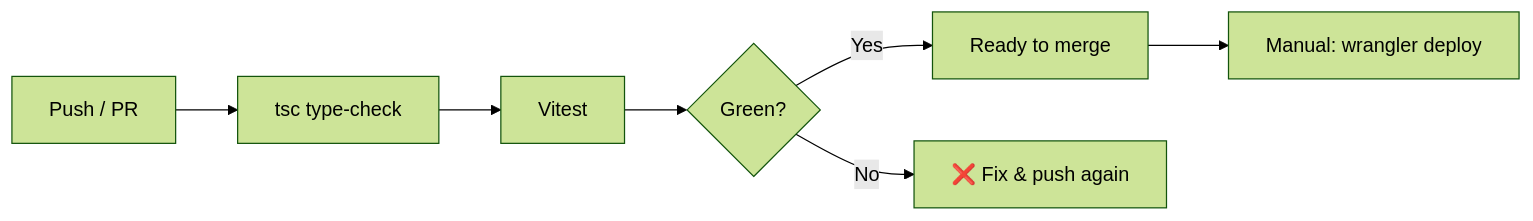
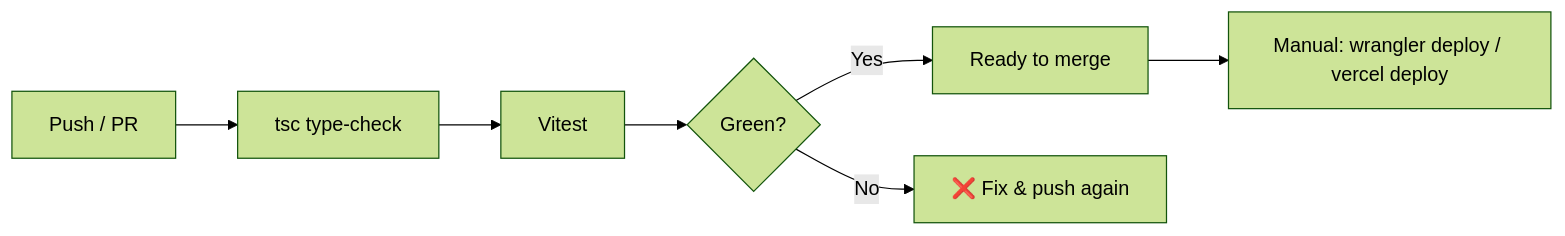
Before and after one commit to OmHackz/OmVersions: the fourth of 4 diagrams in README.md, drawn with Mermaid (forest theme). The commit also changed other lines of this file and 5 other files, not shown here.

````diff
--- a/README.md
+++ b/README.md
@@ -339,7 +351,7 @@
 ```mermaid
 flowchart LR
     P["Push / PR"] --> T["tsc type-check"] --> V["Vitest"] --> G{"Green?"}
     G -- "Yes" --> M["Ready to merge"]
-    M --> D["Manual: wrangler deploy"]
+    M --> D["Manual: wrangler deploy / vercel deploy"]
     G -- "No" --> X["❌ Fix & push again"]
 ```
````
